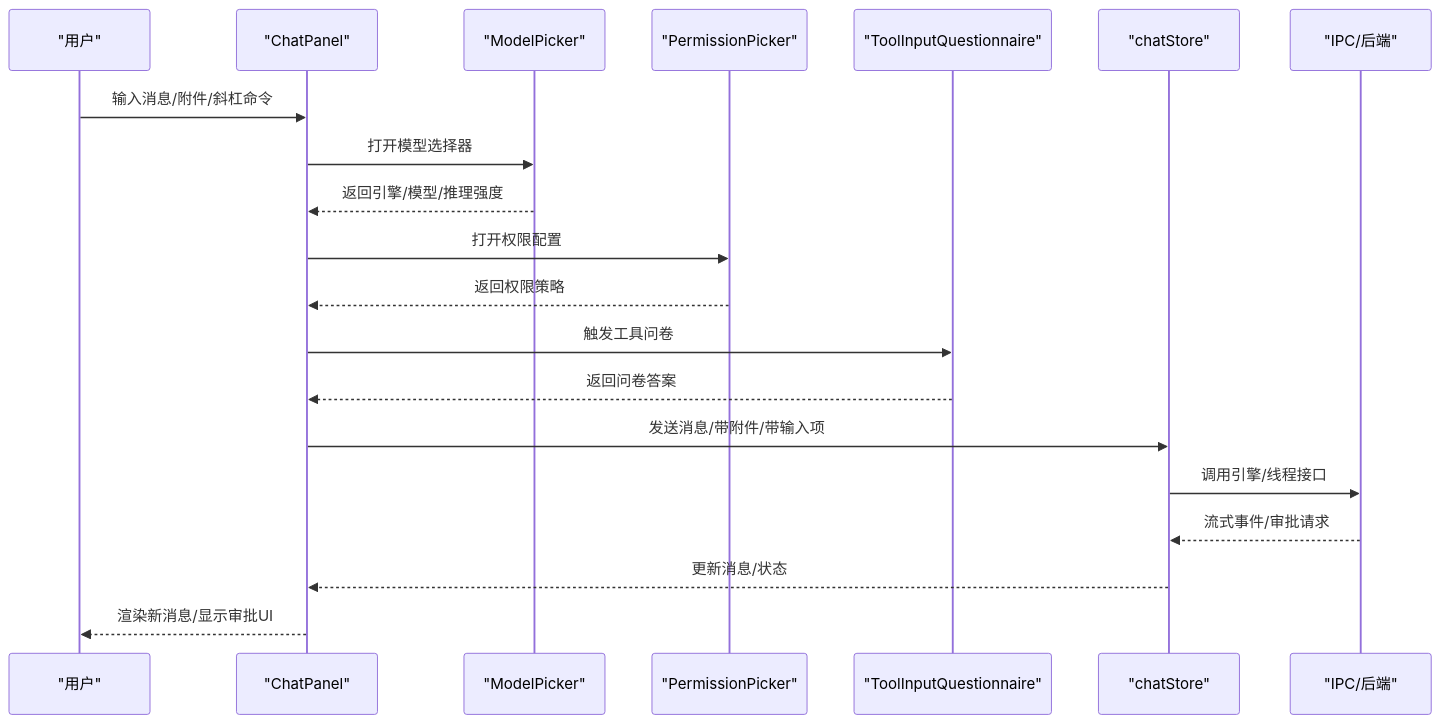
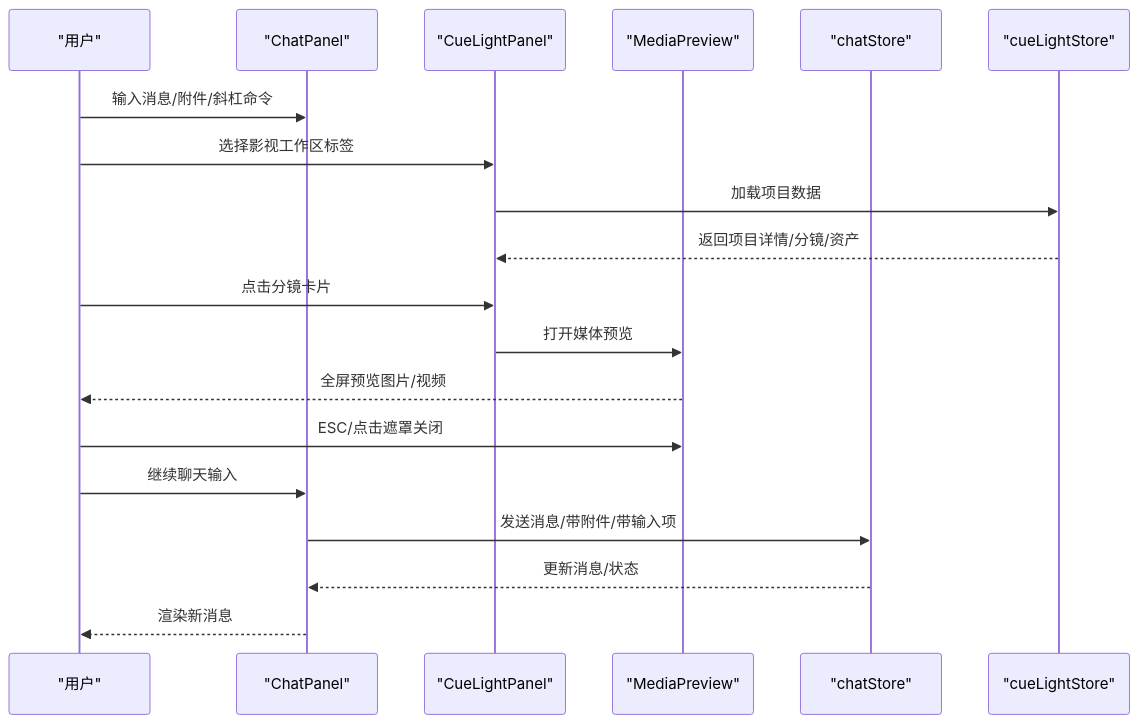
Before and after one commit to yattin/panes: the second of 10 diagrams in .qoder/repowiki/zh/content/核心功能/聊天和 AI 集成/聊天界面组件.md, drawn with Mermaid. The commit also changed other lines of this file and 45 other files, not shown here.

````diff
--- a/.qoder/repowiki/zh/content/核心功能/聊天和 AI 集成/聊天界面组件.md
+++ b/.qoder/repowiki/zh/content/核心功能/聊天和 AI 集成/聊天界面组件.md
@@ -115,22 +155,21 @@
 ```mermaid
 sequenceDiagram
 participant U as "用户"
 participant CP as "ChatPanel"
-participant MP as "ModelPicker"
-participant PP as "PermissionPicker"
-participant TIQ as "ToolInputQuestionnaire"
+participant CLP as "CueLightPanel"
+participant MPV as "MediaPreview"
 participant CS as "chatStore"
-participant IPC as "IPC/后端"
+participant CLS as "cueLightStore"
 U->>CP : 输入消息/附件/斜杠命令
-CP->>MP : 打开模型选择器
-MP-->>CP : 返回引擎/模型/推理强度
-CP->>PP : 打开权限配置
-PP-->>CP : 返回权限策略
-CP->>TIQ : 触发工具问卷
-TIQ-->>CP : 返回问卷答案
+U->>CLP : 选择影视工作区标签
+CLP->>CLS : 加载项目数据
+CLS-->>CLP : 返回项目详情/分镜/资产
+U->>CLP : 点击分镜卡片
+CLP->>MPV : 打开媒体预览
+MPV-->>U : 全屏预览图片/视频
+U->>MPV : ESC/点击遮罩关闭
+U->>CP : 继续聊天输入
 CP->>CS : 发送消息/带附件/带输入项
-CS->>IPC : 调用引擎/线程接口
-IPC-->>CS : 流式事件/审批请求
 CS-->>CP : 更新消息/状态
-CP-->>U : 渲染新消息/显示审批UI
+CP-->>U : 渲染新消息
 ```
````
